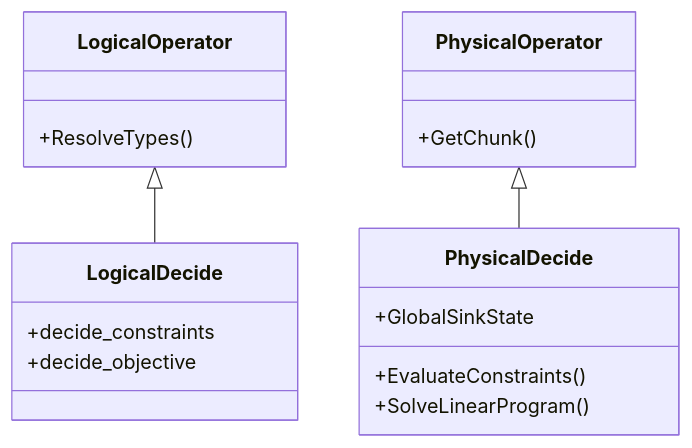
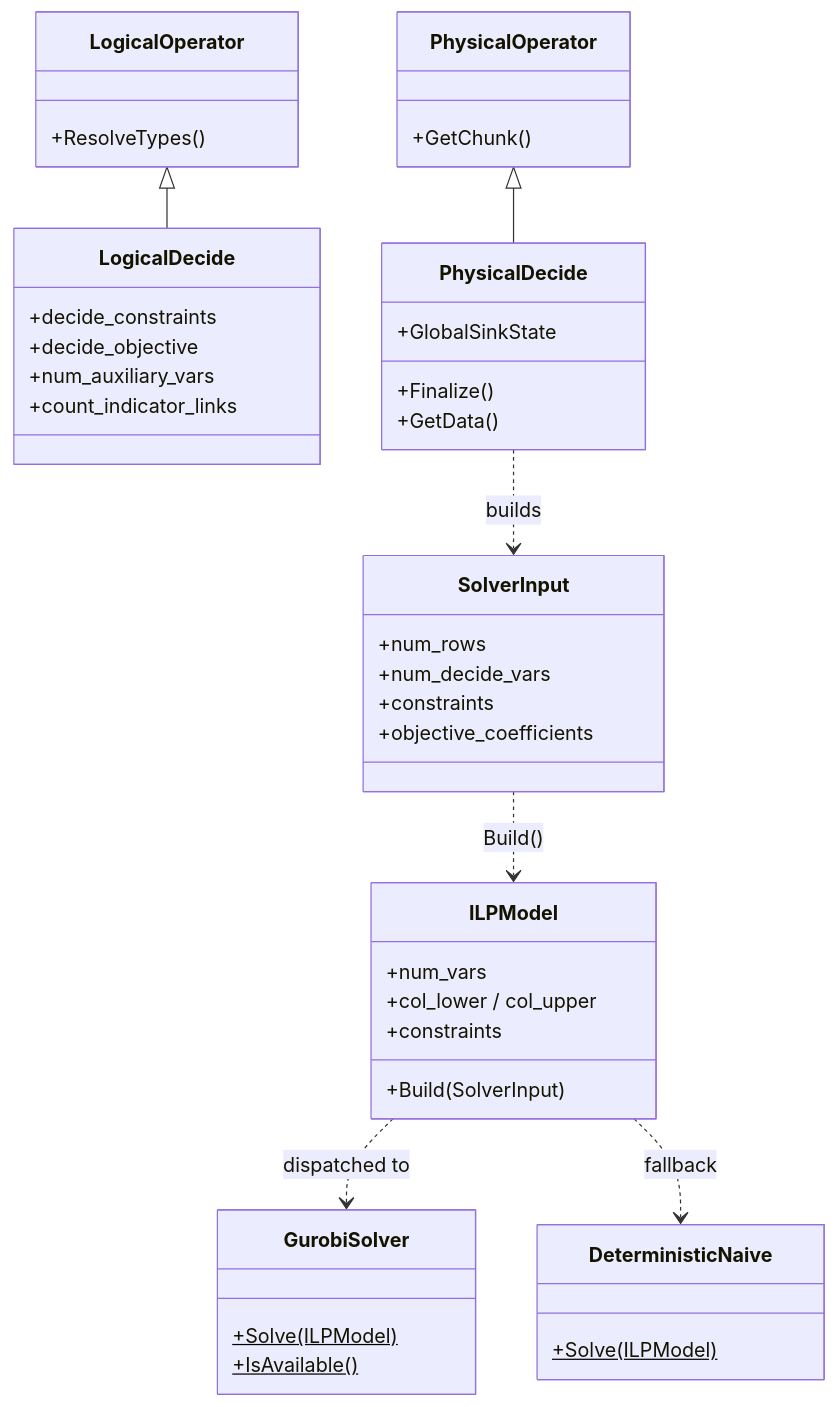
One commit to huda-lab/packdb changed the second of 2 diagrams in context/descriptions/01_pipeline/code_structure.md. Above: the diagram before and after it, drawn with Mermaid. The commit also changed other lines of this file and 36 other files, not shown here.

````diff
--- a/context/descriptions/01_pipeline/code_structure.md
+++ b/context/descriptions/01_pipeline/code_structure.md
@@ -65,22 +76,48 @@
 ```mermaid
 classDiagram
     class LogicalOperator {
         +ResolveTypes()
     }
     class LogicalDecide {
         +decide_constraints
         +decide_objective
+        +num_auxiliary_vars
+        +count_indicator_links
     }
-    
+
     class PhysicalOperator {
         +GetChunk()
     }
     class PhysicalDecide {
         +GlobalSinkState
-        +EvaluateConstraints()
-        +SolveLinearProgram()
+        +Finalize()
+        +GetData()
     }
-    
+
+    class SolverInput {
+        +num_rows
+        +num_decide_vars
+        +constraints
+        +objective_coefficients
+    }
+    class ILPModel {
+        +num_vars
+        +col_lower / col_upper
+        +constraints
+        +Build(SolverInput)
+    }
+    class GurobiSolver {
+        +Solve(ILPModel)$
+        +IsAvailable()$
+    }
+    class DeterministicNaive {
+        +Solve(ILPModel)$
+    }
+
     LogicalOperator <|-- LogicalDecide
     PhysicalOperator <|-- PhysicalDecide
+    PhysicalDecide ..> SolverInput : builds
+    SolverInput ..> ILPModel : Build()
+    ILPModel ..> GurobiSolver : dispatched to
+    ILPModel ..> DeterministicNaive : fallback
 ```
````
